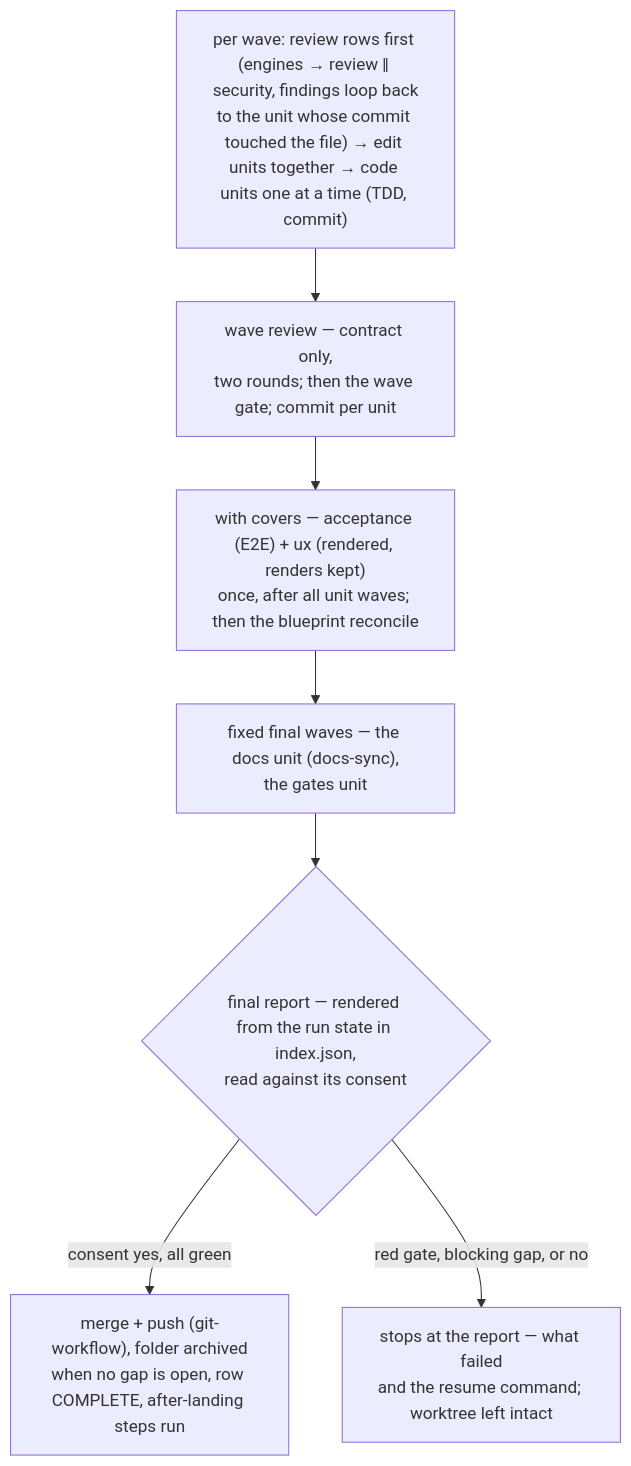
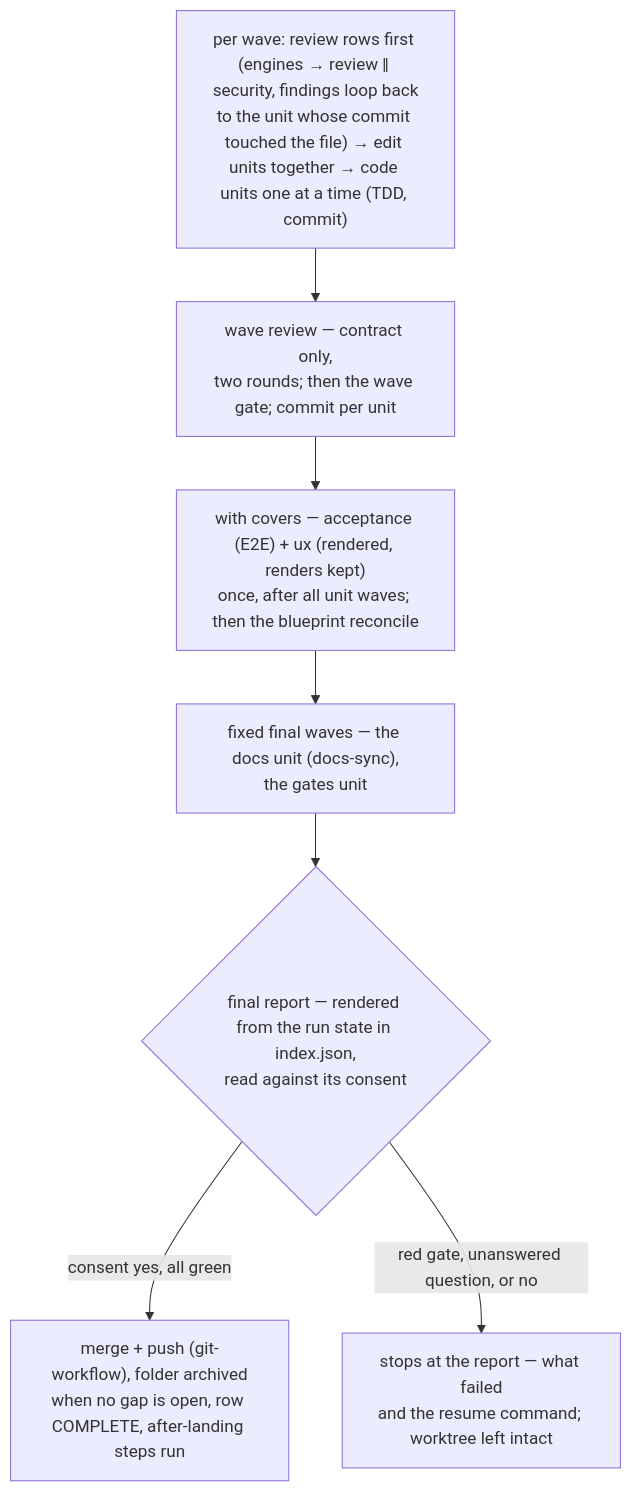
The second of 2 diagrams in site/src/content/docs/plugins/vwf.md (virajp/claude-plugins), drawn with Mermaid before and after one commit. The commit also changed other lines of this file and 19 other files, not shown here.

````diff
--- a/site/src/content/docs/plugins/vwf.md
+++ b/site/src/content/docs/plugins/vwf.md
@@ -2642,9 +2664,9 @@
 ```mermaid
 flowchart TD
     W["per wave: review rows first (engines → review ‖ security, findings loop back<br/>to the unit whose commit touched the file) → edit units together → code units one at a time (TDD, commit)"] --> R["wave review — contract only,<br/>two rounds; then the wave gate; commit per unit"]
     R --> AX["with covers — acceptance (E2E) + ux (rendered, renders kept)<br/>once, after all unit waves; then the blueprint reconcile"]
     AX --> F["fixed final waves — the docs unit (docs-sync),<br/>the gates unit"]
     F --> G{"final report — rendered from the run state in index.json,<br/>read against its consent"}
     G -->|consent yes, all green| M["merge + push (git-workflow), folder archived<br/>when no gap is open, row COMPLETE, after-landing steps run"]
-    G -->|red gate, blocking gap, or no| S["stops at the report — what failed<br/>and the resume command; worktree left intact"]
+    G -->|red gate, unanswered question, or no| S["stops at the report — what failed<br/>and the resume command; worktree left intact"]
 ```
````
